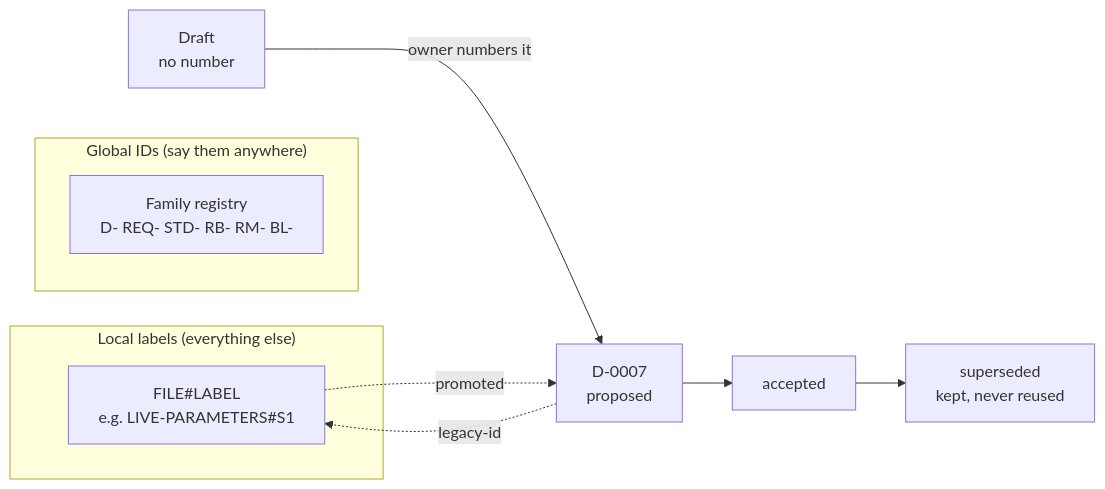
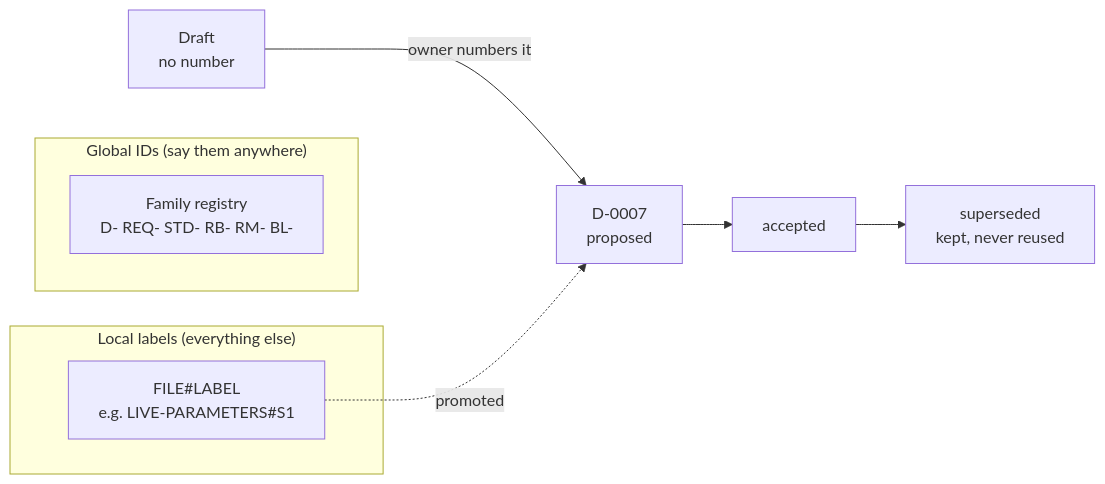
The diagram in docs/decisions/0003-use-registered-id-families-and-file-qualified-labels.md (jonhill90/central-hub), drawn with Mermaid before and after one commit. The commit also changed other lines of this file and 20 other files, not shown here.

````diff
--- a/docs/decisions/0003-use-registered-id-families-and-file-qualified-labels.md
+++ b/docs/decisions/0003-use-registered-id-families-and-file-qualified-labels.md
@@ -63,13 +62,12 @@
 ```mermaid
 flowchart LR
   subgraph G["Global IDs (say them anywhere)"]
     R["Family registry<br/>D- REQ- STD- RB- RM- BL-"]
   end
   subgraph L["Local labels (everything else)"]
     F["FILE#LABEL<br/>e.g. LIVE-PARAMETERS#S1"]
   end
   D1["Draft<br/>no number"] -->|owner numbers it| N["D-0007<br/>proposed"]
   N --> A["accepted"] --> S["superseded<br/>kept, never reused"]
   F -. promoted .-> N
-  N -. legacy-id .-> F
 ```
````
